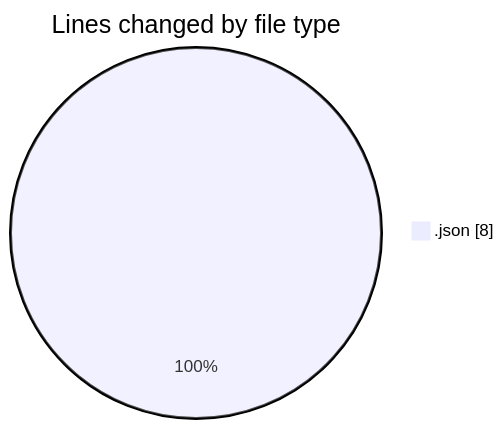
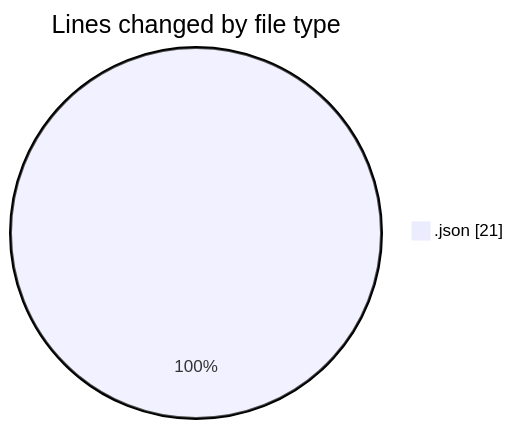
One commit to EIIisD/code-tracking changed the first of 2 diagrams in 2025-09-01/mcp-demo/README.md. Above: the diagram before and after it, drawn with Mermaid. The commit also changed other lines of this file and 1 other file, not shown here.

````diff
--- a/2025-09-01/mcp-demo/README.md
+++ b/2025-09-01/mcp-demo/README.md
@@ -20,5 +21,5 @@
 ```mermaid
 pie showData
 title Lines changed by file type
-".json" : 8
+".json" : 21
 ```
````
